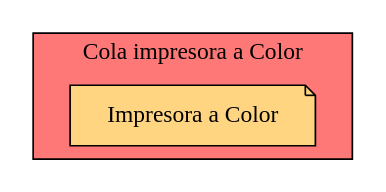
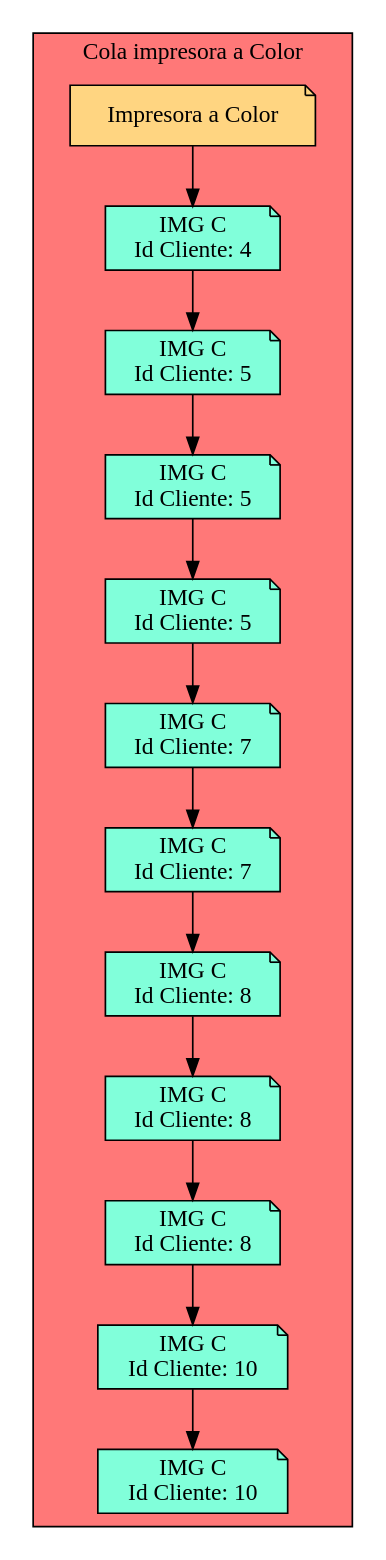
The diagram in Cola_Print_color.dot (Serch-ING/EDD_UDRAWING_202000119), drawn with Graphviz before and after one commit. The commit also changed 16 other files, not shown here.

```diff
--- a/Cola_Print_color.dot
+++ b/Cola_Print_color.dot
@@ -1,6 +1,49 @@
 digraph L {
 node[shape=note fillcolor="#A181FF" style =filled]
 subgraph cluster_p{
     label= " Cola impresora a Color "
  raiz[label = "Impresora a Color" fillcolor="#FFD581" ]    bgcolor = "#FF7878"
+Nodo686466458[label="IMG C 
+Id Cliente: 4",fillcolor="#81FFDA"]
+Nodo1642030774[label="IMG C 
+Id Cliente: 5",fillcolor="#81FFDA"]
+Nodo1357563986[label="IMG C 
+Id Cliente: 5",fillcolor="#81FFDA"]
+Nodo384587033[label="IMG C 
+Id Cliente: 5",fillcolor="#81FFDA"]
+Nodo959869407[label="IMG C 
+Id Cliente: 7",fillcolor="#81FFDA"]
+Nodo1449263511[label="IMG C 
+Id Cliente: 7",fillcolor="#81FFDA"]
+Nodo452805835[label="IMG C 
+Id Cliente: 8",fillcolor="#81FFDA"]
+Nodo1769190683[label="IMG C 
+Id Cliente: 8",fillcolor="#81FFDA"]
+Nodo447981768[label="IMG C 
+Id Cliente: 8",fillcolor="#81FFDA"]
+Nodo1932831450[label="IMG C 
+Id Cliente: 10",fillcolor="#81FFDA"]
+Nodo496729294[label="IMG C 
+Id Cliente: 10",fillcolor="#81FFDA"]
+
+raiz->Nodo686466458
+Nodo686466458 -> Nodo1642030774
+
+Nodo1642030774 -> Nodo1357563986
+
+Nodo1357563986 -> Nodo384587033
+
+Nodo384587033 -> Nodo959869407
+
+Nodo959869407 -> Nodo1449263511
+
+Nodo1449263511 -> Nodo452805835
+
+Nodo452805835 -> Nodo1769190683
+
+Nodo1769190683 -> Nodo447981768
+
+Nodo447981768 -> Nodo1932831450
+
+Nodo1932831450 -> Nodo496729294
 }}
```
